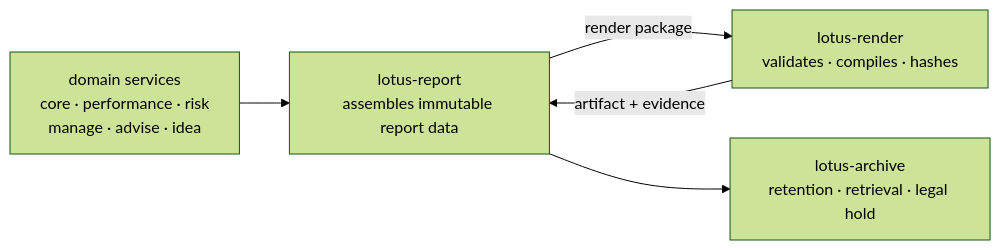
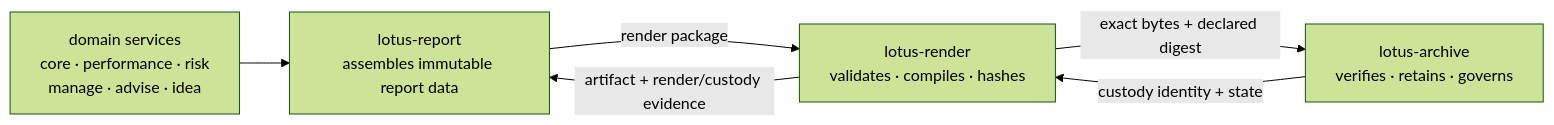
The first of 2 diagrams in wiki/Architecture.md (sgajbi/lotus-render), drawn with Mermaid (forest theme) before and after one commit. The commit also changed other lines of this file and 5 other files, not shown here.

Commit message:
fix(runtime): enable local Archive custody handoff (#282)

````diff
--- a/wiki/Architecture.md
+++ b/wiki/Architecture.md
@@ -28,7 +28,8 @@
 ```mermaid
 flowchart LR
   SRC["domain services<br/>core · performance · risk<br/>manage · advise · idea"] --> RPT["lotus-report<br/>assembles immutable report data"]
   RPT -- "render package" --> RND["lotus-render<br/>validates · compiles · hashes"]
-  RND -- "artifact + evidence" --> RPT
-  RPT --> ARC["lotus-archive<br/>retention · retrieval · legal hold"]
+  RND -- "exact bytes + declared digest" --> ARC["lotus-archive<br/>verifies · retains · governs"]
+  ARC -- "custody identity + state" --> RND
+  RND -- "artifact + render/custody evidence" --> RPT
 ```
````
